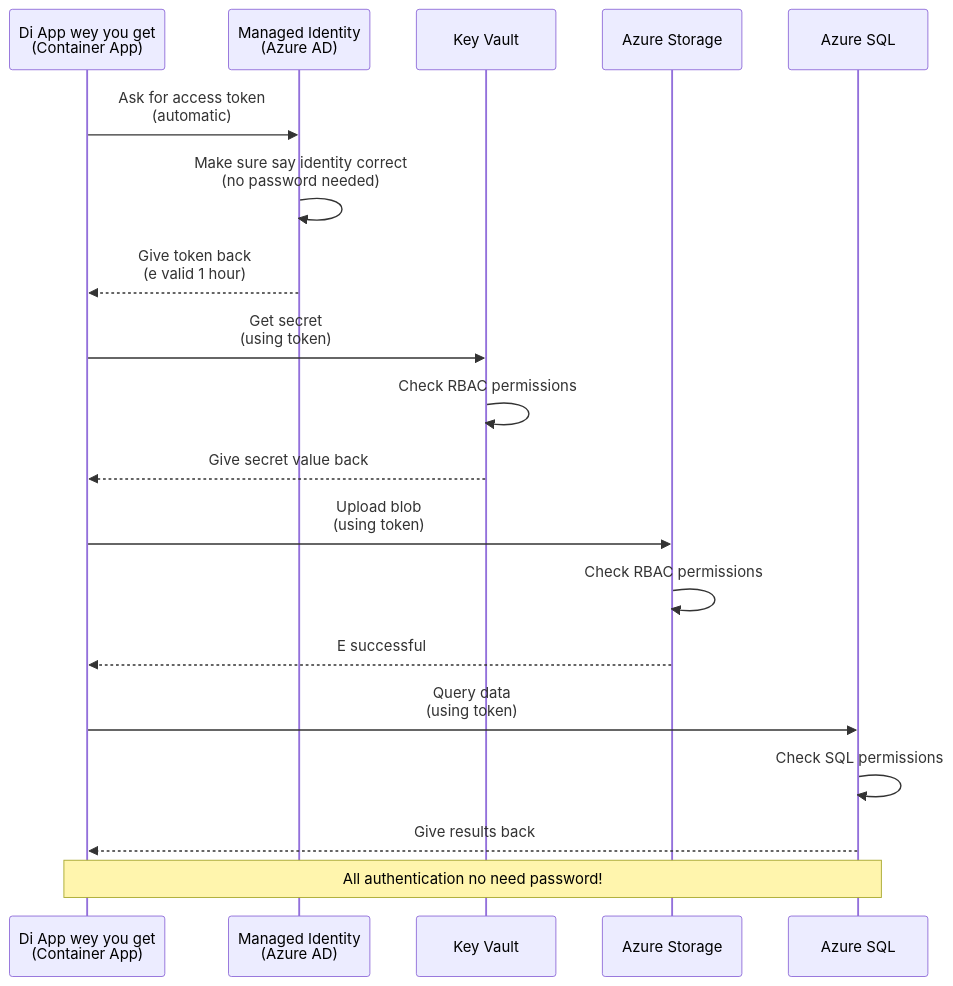
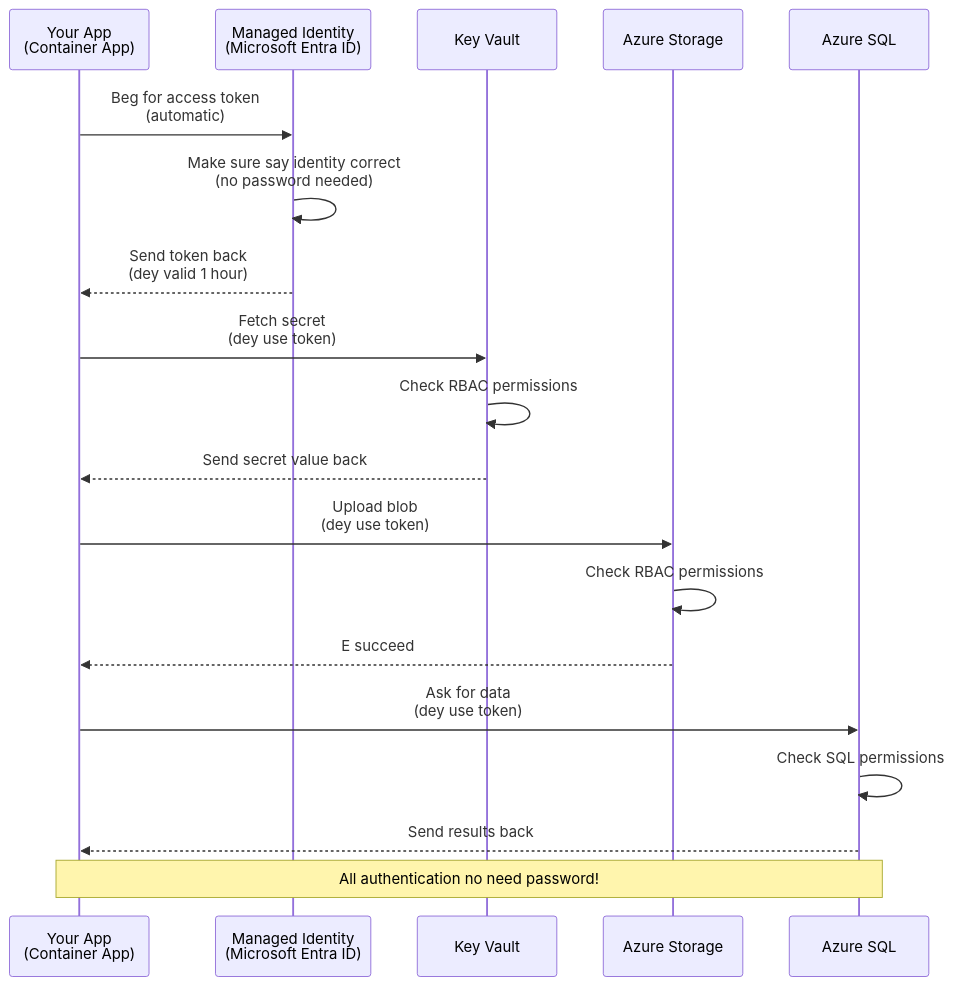
Before and after one commit to microsoft/AZD-for-beginners: the first of 2 diagrams in translations/pcm/docs/chapter-03-configuration/authsecurity.md, drawn with Mermaid. The commit also changed other lines of this file and 104 other files, not shown here.

````diff
--- a/translations/pcm/docs/chapter-03-configuration/authsecurity.md
+++ b/translations/pcm/docs/chapter-03-configuration/authsecurity.md
@@ -69,26 +69,26 @@
 ```mermaid
 sequenceDiagram
-    participant App as Di App wey you get<br/>(Container App)
-    participant MI as Managed Identity<br/>(Azure AD)
+    participant App as Your App<br/>(Container App)
+    participant MI as Managed Identity<br/>(Microsoft Entra ID)
     participant KV as Key Vault
     participant Storage as Azure Storage
     participant DB as Azure SQL
     
-    App->>MI: Ask for access token<br/>(automatic)
+    App->>MI: Beg for access token<br/>(automatic)
     MI->>MI: Make sure say identity correct<br/>(no password needed)
-    MI-->>App: Give token back<br/>(e valid 1 hour)
+    MI-->>App: Send token back<br/>(dey valid 1 hour)
     
-    App->>KV: Get secret<br/>(using token)
+    App->>KV: Fetch secret<br/>(dey use token)
     KV->>KV: Check RBAC permissions
-    KV-->>App: Give secret value back
+    KV-->>App: Send secret value back
     
-    App->>Storage: Upload blob<br/>(using token)
+    App->>Storage: Upload blob<br/>(dey use token)
     Storage->>Storage: Check RBAC permissions
-    Storage-->>App: E successful
+    Storage-->>App: E succeed
     
-    App->>DB: Query data<br/>(using token)
+    App->>DB: Ask for data<br/>(dey use token)
     DB->>DB: Check SQL permissions
-    DB-->>App: Give results back
+    DB-->>App: Send results back
     
     Note over App,DB: All authentication no need password!
 ```
````
